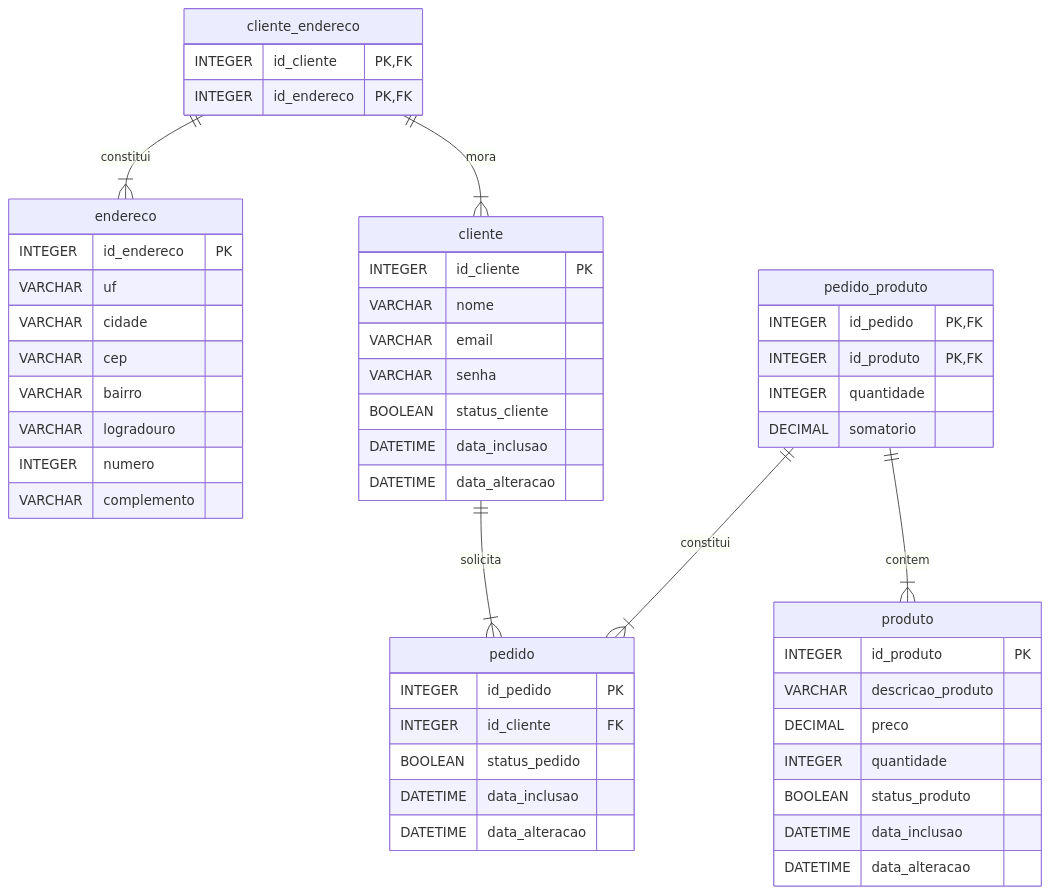
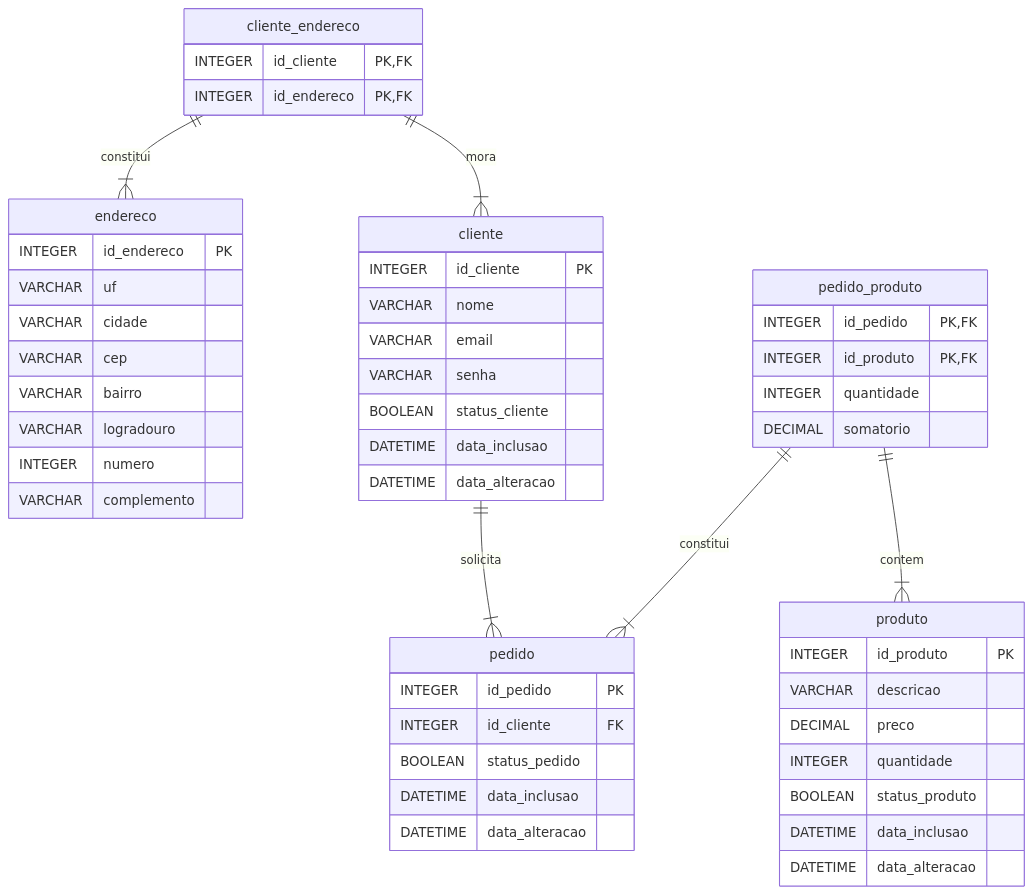
One commit to opsrcode/mini-mercado-virtual changed the diagram in README.md. Above: the diagram before and after it, drawn with Mermaid. The commit also changed other lines of this file, not shown here.

Commit message:
correcao: alteracao de nome do atributo 'descricao_produto' para 'descricao'.

````diff
--- a/README.md
+++ b/README.md
@@ -59,53 +59,53 @@
 ```mermaid
 erDiagram
     endereco {
         INTEGER id_endereco PK
         VARCHAR uf 
         VARCHAR cidade
         VARCHAR cep
         VARCHAR bairro
         VARCHAR logradouro
         INTEGER numero
         VARCHAR complemento
     }
     cliente ||--|{ pedido : solicita
     cliente {
         INTEGER  id_cliente PK
         VARCHAR  nome
         VARCHAR  email
         VARCHAR  senha
         BOOLEAN  status_cliente 
         DATETIME data_inclusao
         DATETIME data_alteracao
     }
     cliente_endereco ||--|{ cliente  : mora
     cliente_endereco ||--|{ endereco : constitui
     cliente_endereco {
         INTEGER id_cliente  PK,FK
         INTEGER id_endereco PK,FK
     }
     produto {
         INTEGER  id_produto PK
-        VARCHAR  descricao_produto
+        VARCHAR  descricao
         DECIMAL  preco
         INTEGER  quantidade
         BOOLEAN  status_produto 
         DATETIME data_inclusao
         DATETIME data_alteracao
     }
     pedido {
         INTEGER  id_pedido  PK
         INTEGER  id_cliente FK
         BOOLEAN  status_pedido
         DATETIME data_inclusao
         DATETIME data_alteracao
     }
     pedido_produto ||--|{ pedido  : constitui
     pedido_produto ||--|{ produto : contem
     pedido_produto {
         INTEGER id_pedido  PK,FK
         INTEGER id_produto PK,FK
         INTEGER quantidade
         DECIMAL somatorio
     }
 ```
````
